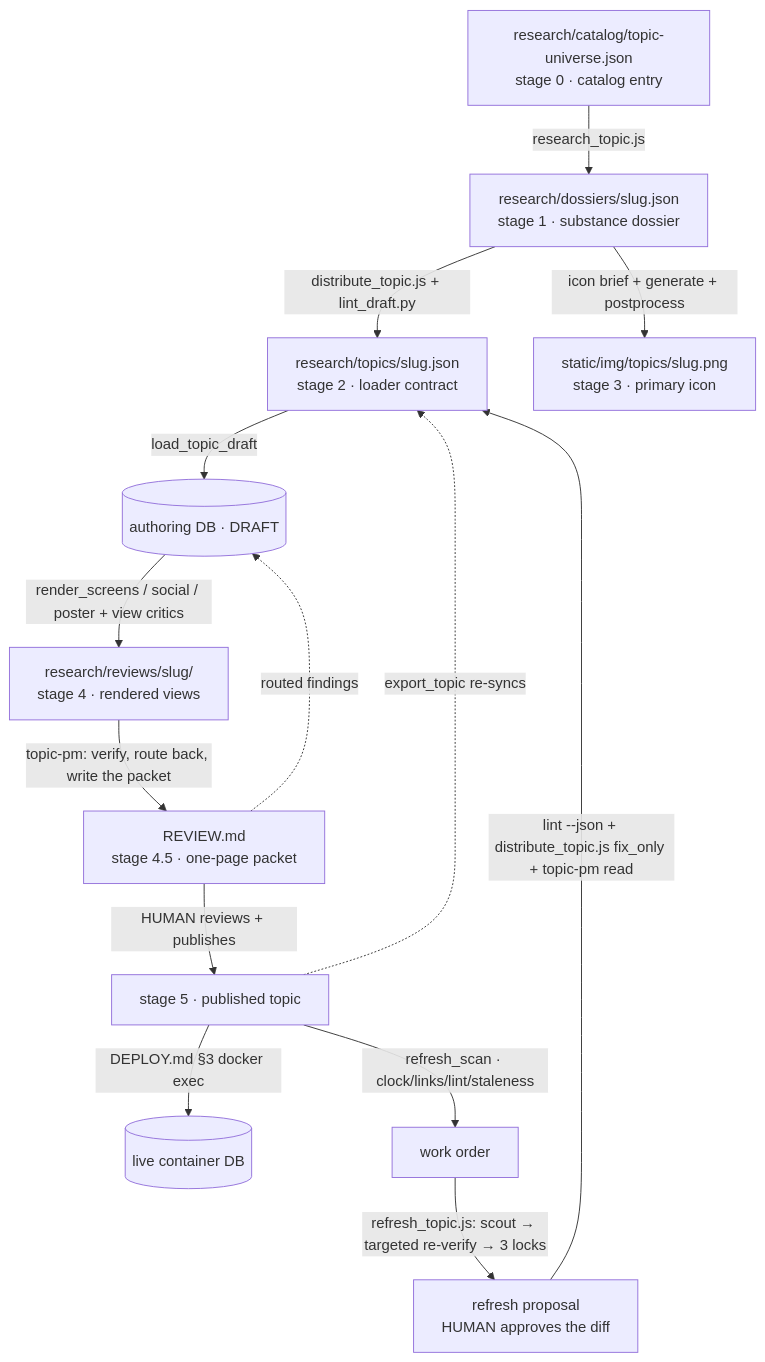
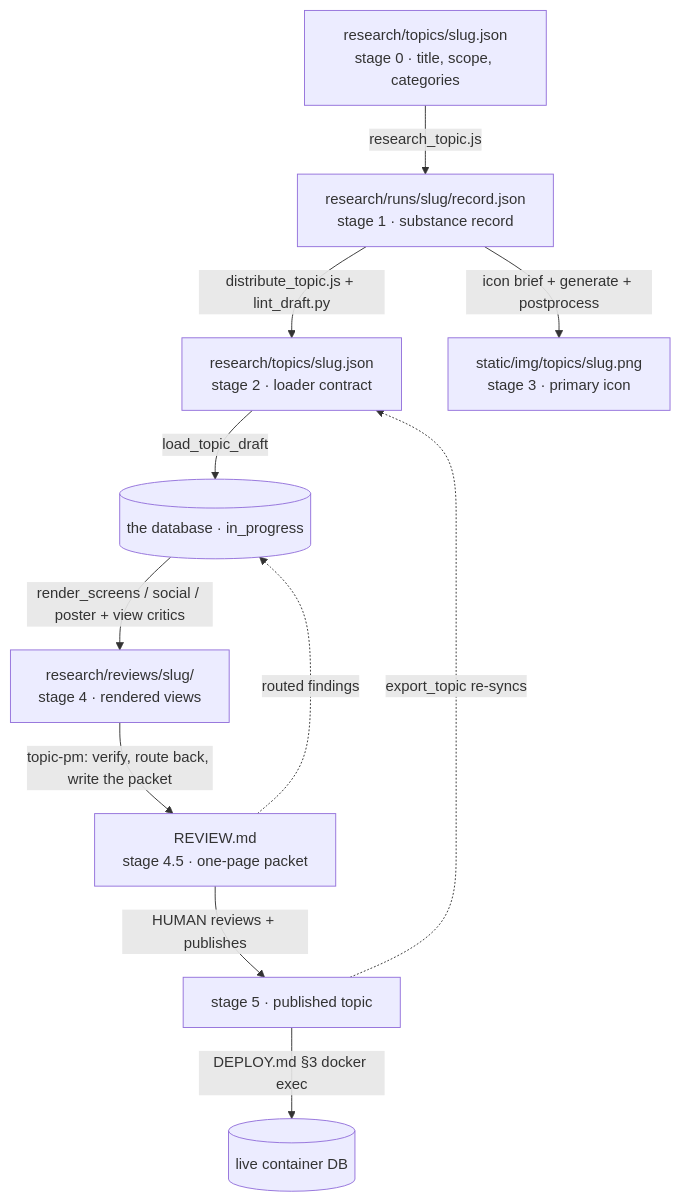
The diagram in research/ENGINE.md (Ideya-AI/Ideya), drawn with Mermaid before and after one commit. The commit also changed other lines of this file and 201 other files, not shown here.

First line of the commit message:
The bookends: research/topics is the set, and readiness gates publishing

````diff
--- a/research/ENGINE.md
+++ b/research/ENGINE.md
@@ -55,16 +52,13 @@
 ```mermaid
 flowchart TD
-    C[research/catalog/topic-universe.json<br/>stage 0 · catalog entry] -->|research_topic.js| D[research/dossiers/slug.json<br/>stage 1 · substance dossier]
+    C[research/topics/slug.json<br/>stage 0 · title, scope, categories] -->|research_topic.js| D[research/runs/slug/record.json<br/>stage 1 · substance record]
     D -->|distribute_topic.js + lint_draft.py| J[research/topics/slug.json<br/>stage 2 · loader contract]
-    J -->|load_topic_draft| DB[(authoring DB · DRAFT)]
+    J -->|load_topic_draft| DB[(the database · in_progress)]
     D -->|icon brief + generate + postprocess| I[static/img/topics/slug.png<br/>stage 3 · primary icon]
     DB -->|render_screens / social / poster + view critics| R[research/reviews/slug/<br/>stage 4 · rendered views]
     R -->|topic-pm: verify, route back, write the packet| Q[REVIEW.md<br/>stage 4.5 · one-page packet]
     Q -.->|routed findings| DB
     Q -->|HUMAN reviews + publishes| P[stage 5 · published topic]
     P -->|DEPLOY.md §3 docker exec| L[(live container DB)]
     P -.->|export_topic re-syncs| J
-    P -->|refresh_scan · clock/links/lint/staleness| WO[work order]
-    WO -->|refresh_topic.js: scout → targeted re-verify → 3 locks| RF[refresh proposal<br/>HUMAN approves the diff]
-    RF -->|lint --json + distribute_topic.js fix_only + topic-pm read| J
 ```
````
